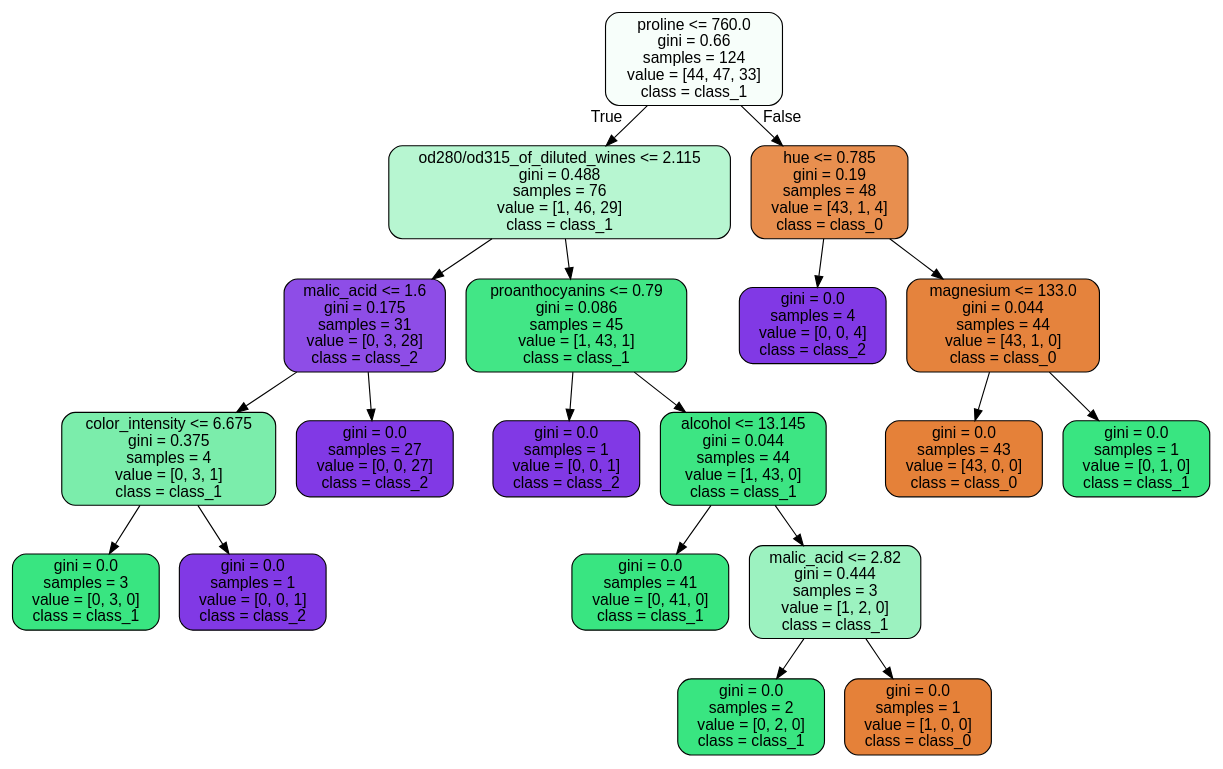
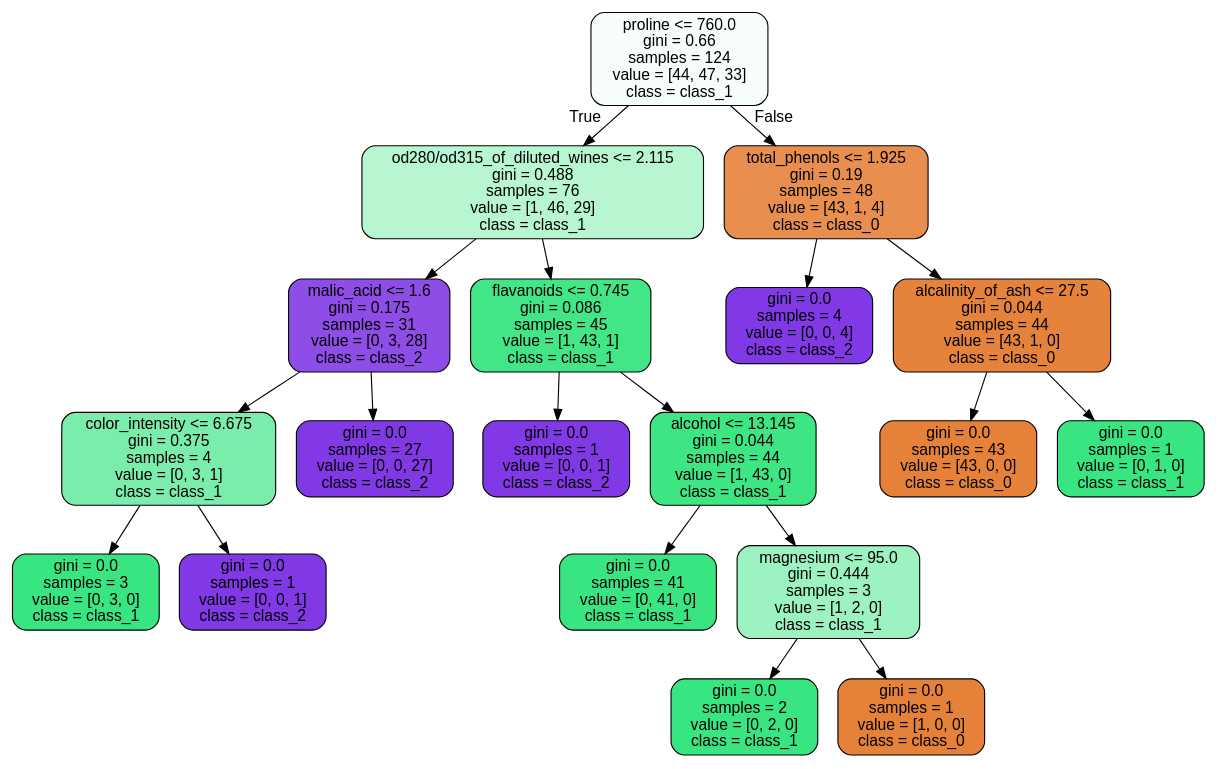
Before and after one commit to msdnqqy/LearningSkill: the diagram in 决策树/Source.gv, drawn with Graphviz. The commit also changed 5 other files, not shown here.

```diff
--- a/决策树/Source.gv
+++ b/决策树/Source.gv
@@ -1,41 +1,41 @@
 digraph Tree {
 node [shape=box, style="filled, rounded", color="black", fontname=helvetica] ;
 edge [fontname=helvetica] ;
 0 [label="proline <= 760.0\ngini = 0.66\nsamples = 124\nvalue = [44, 47, 33]\nclass = class_1", fillcolor="#39e5810a"] ;
 1 [label="od280/od315_of_diluted_wines <= 2.115\ngini = 0.488\nsamples = 76\nvalue = [1, 46, 29]\nclass = class_1", fillcolor="#39e5815c"] ;
 0 -> 1 [labeldistance=2.5, labelangle=45, headlabel="True"] ;
 2 [label="malic_acid <= 1.6\ngini = 0.175\nsamples = 31\nvalue = [0, 3, 28]\nclass = class_2", fillcolor="#8139e5e4"] ;
 1 -> 2 ;
 3 [label="color_intensity <= 6.675\ngini = 0.375\nsamples = 4\nvalue = [0, 3, 1]\nclass = class_1", fillcolor="#39e581aa"] ;
 2 -> 3 ;
 4 [label="gini = 0.0\nsamples = 3\nvalue = [0, 3, 0]\nclass = class_1", fillcolor="#39e581ff"] ;
 3 -> 4 ;
 5 [label="gini = 0.0\nsamples = 1\nvalue = [0, 0, 1]\nclass = class_2", fillcolor="#8139e5ff"] ;
 3 -> 5 ;
 6 [label="gini = 0.0\nsamples = 27\nvalue = [0, 0, 27]\nclass = class_2", fillcolor="#8139e5ff"] ;
 2 -> 6 ;
-7 [label="proanthocyanins <= 0.79\ngini = 0.086\nsamples = 45\nvalue = [1, 43, 1]\nclass = class_1", fillcolor="#39e581f3"] ;
+7 [label="flavanoids <= 0.745\ngini = 0.086\nsamples = 45\nvalue = [1, 43, 1]\nclass = class_1", fillcolor="#39e581f3"] ;
 1 -> 7 ;
 8 [label="gini = 0.0\nsamples = 1\nvalue = [0, 0, 1]\nclass = class_2", fillcolor="#8139e5ff"] ;
 7 -> 8 ;
 9 [label="alcohol <= 13.145\ngini = 0.044\nsamples = 44\nvalue = [1, 43, 0]\nclass = class_1", fillcolor="#39e581f9"] ;
 7 -> 9 ;
 10 [label="gini = 0.0\nsamples = 41\nvalue = [0, 41, 0]\nclass = class_1", fillcolor="#39e581ff"] ;
 9 -> 10 ;
-11 [label="malic_acid <= 2.82\ngini = 0.444\nsamples = 3\nvalue = [1, 2, 0]\nclass = class_1", fillcolor="#39e5817f"] ;
+11 [label="magnesium <= 95.0\ngini = 0.444\nsamples = 3\nvalue = [1, 2, 0]\nclass = class_1", fillcolor="#39e5817f"] ;
 9 -> 11 ;
 12 [label="gini = 0.0\nsamples = 2\nvalue = [0, 2, 0]\nclass = class_1", fillcolor="#39e581ff"] ;
 11 -> 12 ;
 13 [label="gini = 0.0\nsamples = 1\nvalue = [1, 0, 0]\nclass = class_0", fillcolor="#e58139ff"] ;
 11 -> 13 ;
-14 [label="hue <= 0.785\ngini = 0.19\nsamples = 48\nvalue = [43, 1, 4]\nclass = class_0", fillcolor="#e58139e2"] ;
+14 [label="total_phenols <= 1.925\ngini = 0.19\nsamples = 48\nvalue = [43, 1, 4]\nclass = class_0", fillcolor="#e58139e2"] ;
 0 -> 14 [labeldistance=2.5, labelangle=-45, headlabel="False"] ;
 15 [label="gini = 0.0\nsamples = 4\nvalue = [0, 0, 4]\nclass = class_2", fillcolor="#8139e5ff"] ;
 14 -> 15 ;
-16 [label="magnesium <= 133.0\ngini = 0.044\nsamples = 44\nvalue = [43, 1, 0]\nclass = class_0", fillcolor="#e58139f9"] ;
+16 [label="alcalinity_of_ash <= 27.5\ngini = 0.044\nsamples = 44\nvalue = [43, 1, 0]\nclass = class_0", fillcolor="#e58139f9"] ;
 14 -> 16 ;
 17 [label="gini = 0.0\nsamples = 43\nvalue = [43, 0, 0]\nclass = class_0", fillcolor="#e58139ff"] ;
 16 -> 17 ;
 18 [label="gini = 0.0\nsamples = 1\nvalue = [0, 1, 0]\nclass = class_1", fillcolor="#39e581ff"] ;
 16 -> 18 ;
 }
```
